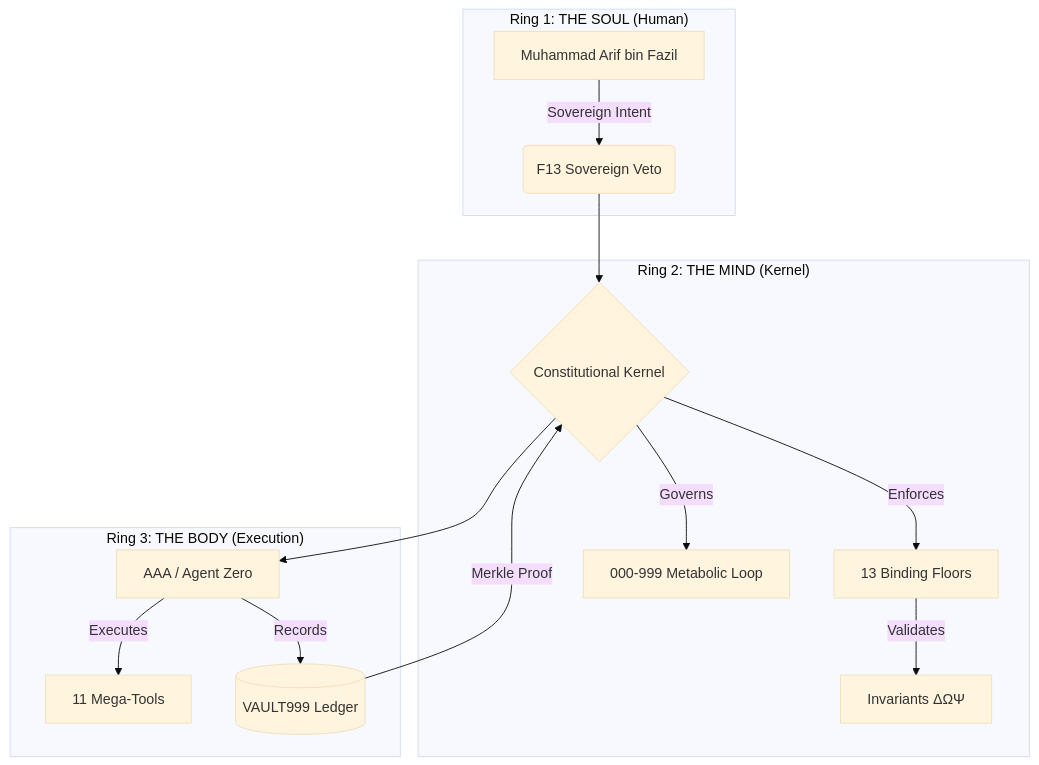
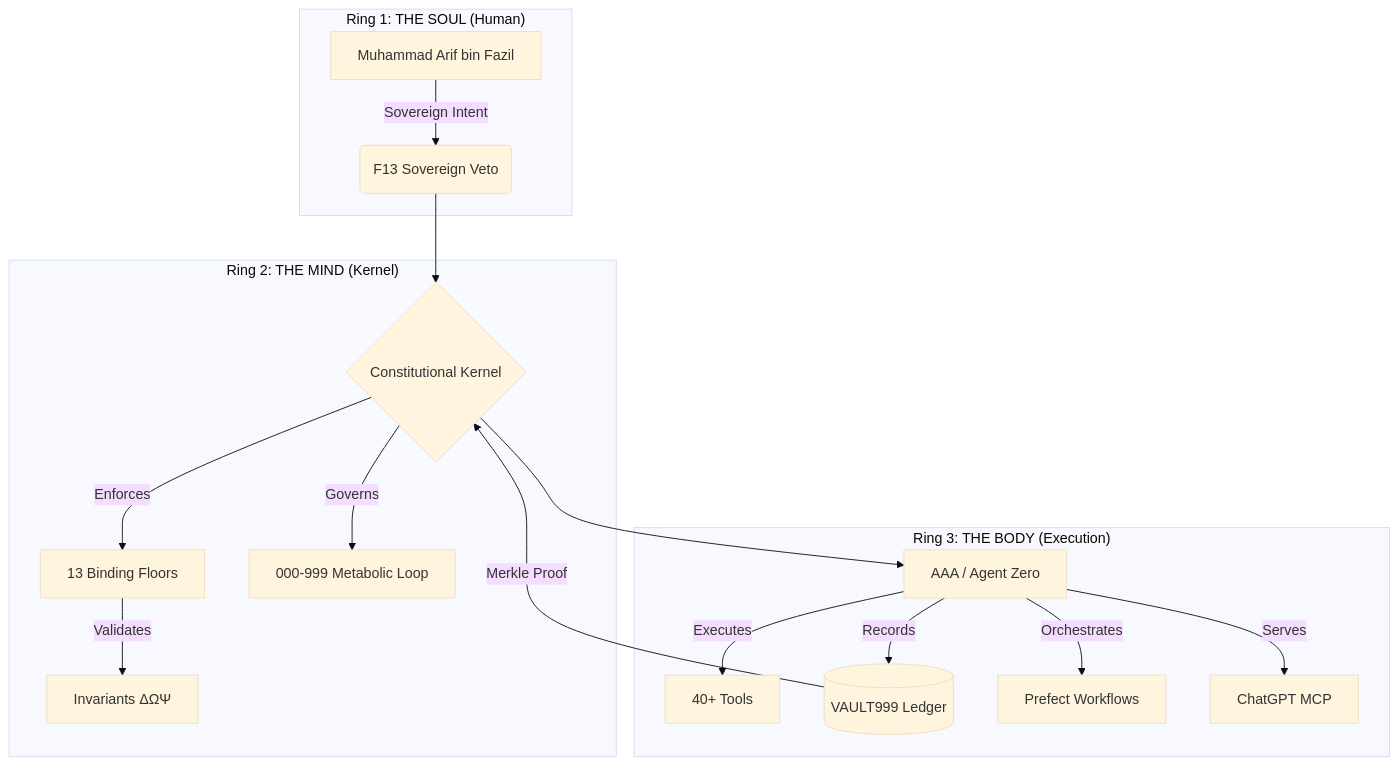
Before and after one commit to ariffazil/arifos: the first of 2 diagrams in README.md, drawn with Mermaid (base theme). The commit also changed other lines of this file, not shown here.

````diff
--- a/README.md
+++ b/README.md
@@ -20,23 +37,25 @@
 ```mermaid
 graph TD
     subgraph "Ring 1: THE SOUL (Human)"
         A[Muhammad Arif bin Fazil] -->|Sovereign Intent| B(F13 Sovereign Veto)
     end
 
     subgraph "Ring 2: THE MIND (Kernel)"
         C{Constitutional Kernel}
         C -->|Enforces| D[13 Binding Floors]
         C -->|Governs| E[000-999 Metabolic Loop]
         D -->|Validates| F[Invariants ΔΩΨ]
     end
 
     subgraph "Ring 3: THE BODY (Execution)"
         G[AAA / Agent Zero]
-        G -->|Executes| H[11 Mega-Tools]
+        G -->|Executes| H[40+ Tools]
         G -->|Records| I[(VAULT999 Ledger)]
+        G -->|Orchestrates| J[Prefect Workflows]
+        G -->|Serves| K[ChatGPT MCP]
     end
 
     B --> C
     C --> G
     I -->|Merkle Proof| C
 ```
````
